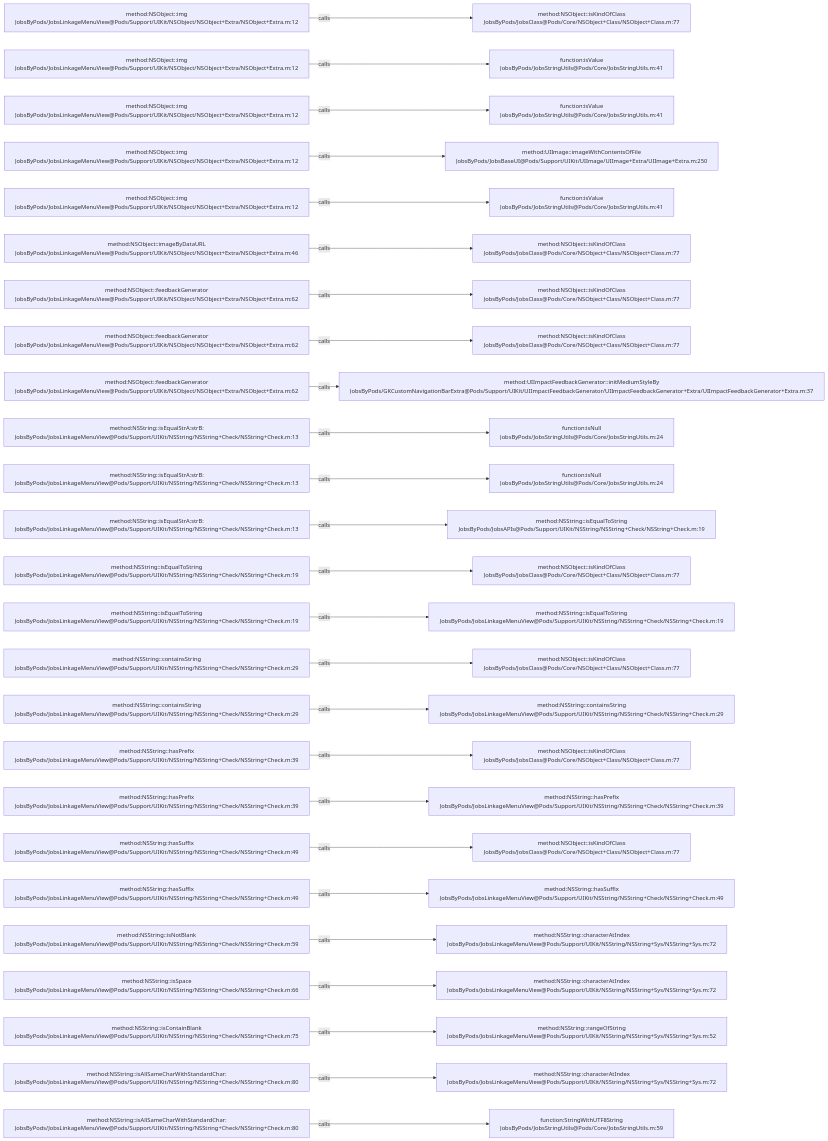
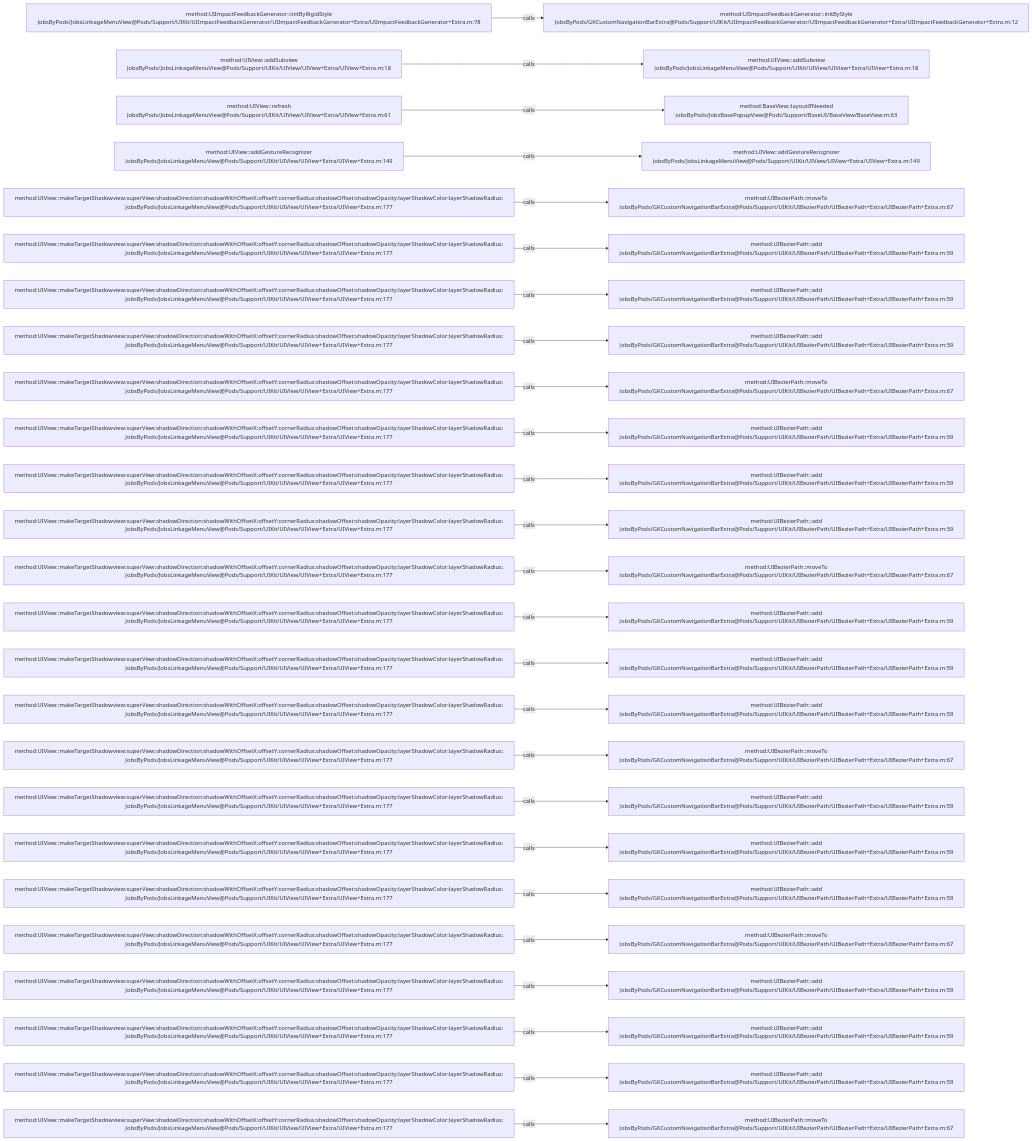
The diagram in .codegraph/codegraph.md/graphs/calls-103.md (JobsKits/JobsOCBaseConfigDemo), drawn with Mermaid before and after one commit. The commit also changed 639 other files, not shown here.

````diff
--- a/.codegraph/codegraph.md/graphs/calls-103.md
+++ b/.codegraph/codegraph.md/graphs/calls-103.md
@@ -13,78 +13,78 @@
 ```mermaid
 flowchart LR
-  S1["method:NSObject::img<br/>JobsByPods/JobsLinkageMenuView@Pods/Support/UIKit/NSObject/NSObject+Extra/NSObject+Extra.m:12"]
-  T1["method:NSObject::isKindOfClass<br/>JobsByPods/JobsClass@Pods/Core/NSObject+Class/NSObject+Class.m:77"]
+  S1["method:UIImpactFeedbackGenerator::initByRigidStyle<br/>JobsByPods/JobsLinkageMenuView@Pods/Support/UIKit/UIImpactFeedbackGenerator/UIImpactFeedbackGenerator+Extra/UIImpactFeedbackGenerator+Extra.m:78"]
+  T1["method:UIImpactFeedbackGenerator::initByStyle<br/>JobsByPods/GKCustomNavigationBarExtra@Pods/Support/UIKit/UIImpactFeedbackGenerator/UIImpactFeedbackGenerator+Extra/UIImpactFeedbackGenerator+Extra.m:12"]
   S1 -->|calls| T1
-  S2["method:NSObject::img<br/>JobsByPods/JobsLinkageMenuView@Pods/Support/UIKit/NSObject/NSObject+Extra/NSObject+Extra.m:12"]
-  T2["function:isValue<br/>JobsByPods/JobsStringUtils@Pods/Core/JobsStringUtils.m:41"]
+  S2["method:UIView::addSubview<br/>JobsByPods/JobsLinkageMenuView@Pods/Support/UIKit/UIView/UIView+Extra/UIView+Extra.m:18"]
+  T2["method:UIView::addSubview<br/>JobsByPods/JobsLinkageMenuView@Pods/Support/UIKit/UIView/UIView+Extra/UIView+Extra.m:18"]
   S2 -->|calls| T2
-  S3["method:NSObject::img<br/>JobsByPods/JobsLinkageMenuView@Pods/Support/UIKit/NSObject/NSObject+Extra/NSObject+Extra.m:12"]
-  T3["function:isValue<br/>JobsByPods/JobsStringUtils@Pods/Core/JobsStringUtils.m:41"]
+  S3["method:UIView::refresh<br/>JobsByPods/JobsLinkageMenuView@Pods/Support/UIKit/UIView/UIView+Extra/UIView+Extra.m:61"]
+  T3["method:BaseView::layoutIfNeeded<br/>JobsByPods/JobsBasePopupView@Pods/Support/BaseUI/BaseView/BaseView.m:63"]
   S3 -->|calls| T3
-  S4["method:NSObject::img<br/>JobsByPods/JobsLinkageMenuView@Pods/Support/UIKit/NSObject/NSObject+Extra/NSObject+Extra.m:12"]
-  T4["method:UIImage::imageWithContentsOfFile<br/>JobsByPods/JobsBaseUI@Pods/Support/UIKit/UIImage/UIImage+Extra/UIImage+Extra.m:250"]
+  S4["method:UIView::addGestureRecognizer<br/>JobsByPods/JobsLinkageMenuView@Pods/Support/UIKit/UIView/UIView+Extra/UIView+Extra.m:149"]
+  T4["method:UIView::addGestureRecognizer<br/>JobsByPods/JobsLinkageMenuView@Pods/Support/UIKit/UIView/UIView+Extra/UIView+Extra.m:149"]
   S4 -->|calls| T4
-  S5["method:NSObject::img<br/>JobsByPods/JobsLinkageMenuView@Pods/Support/UIKit/NSObject/NSObject+Extra/NSObject+Extra.m:12"]
-  T5["function:isValue<br/>JobsByPods/JobsStringUtils@Pods/Core/JobsStringUtils.m:41"]
+  S5["method:UIView::makeTargetShadowview:superView:shadowDirection:shadowWithOffsetX:offsetY:cornerRadius:shadowOffset:shadowOpacity:layerShadowColor:layerShadowRadius:<br/>JobsByPods/JobsLinkageMenuView@Pods/Support/UIKit/UIView/UIView+Extra/UIView+Extra.m:177"]
+  T5["method:UIBezierPath::moveTo<br/>JobsByPods/GKCustomNavigationBarExtra@Pods/Support/UIKit/UIBezierPath/UIBezierPath+Extra/UIBezierPath+Extra.m:67"]
   S5 -->|calls| T5
-  S6["method:NSObject::imageByDataURL<br/>JobsByPods/JobsLinkageMenuView@Pods/Support/UIKit/NSObject/NSObject+Extra/NSObject+Extra.m:46"]
-  T6["method:NSObject::isKindOfClass<br/>JobsByPods/JobsClass@Pods/Core/NSObject+Class/NSObject+Class.m:77"]
+  S6["method:UIView::makeTargetShadowview:superView:shadowDirection:shadowWithOffsetX:offsetY:cornerRadius:shadowOffset:shadowOpacity:layerShadowColor:layerShadowRadius:<br/>JobsByPods/JobsLinkageMenuView@Pods/Support/UIKit/UIView/UIView+Extra/UIView+Extra.m:177"]
+  T6["method:UIBezierPath::add<br/>JobsByPods/GKCustomNavigationBarExtra@Pods/Support/UIKit/UIBezierPath/UIBezierPath+Extra/UIBezierPath+Extra.m:59"]
   S6 -->|calls| T6
-  S7["method:NSObject::feedbackGenerator<br/>JobsByPods/JobsLinkageMenuView@Pods/Support/UIKit/NSObject/NSObject+Extra/NSObject+Extra.m:62"]
-  T7["method:NSObject::isKindOfClass<br/>JobsByPods/JobsClass@Pods/Core/NSObject+Class/NSObject+Class.m:77"]
+  S7["method:UIView::makeTargetShadowview:superView:shadowDirection:shadowWithOffsetX:offsetY:cornerRadius:shadowOffset:shadowOpacity:layerShadowColor:layerShadowRadius:<br/>JobsByPods/JobsLinkageMenuView@Pods/Support/UIKit/UIView/UIView+Extra/UIView+Extra.m:177"]
+  T7["method:UIBezierPath::add<br/>JobsByPods/GKCustomNavigationBarExtra@Pods/Support/UIKit/UIBezierPath/UIBezierPath+Extra/UIBezierPath+Extra.m:59"]
   S7 -->|calls| T7
-  S8["method:NSObject::feedbackGenerator<br/>JobsByPods/JobsLinkageMenuView@Pods/Support/UIKit/NSObject/NSObject+Extra/NSObject+Extra.m:62"]
-  T8["method:NSObject::isKindOfClass<br/>JobsByPods/JobsClass@Pods/Core/NSObject+Class/NSObject+Class.m:77"]
+  S8["method:UIView::makeTargetShadowview:superView:shadowDirection:shadowWithOffsetX:offsetY:cornerRadius:shadowOffset:shadowOpacity:layerShadowColor:layerShadowRadius:<br/>JobsByPods/JobsLinkageMenuView@Pods/Support/UIKit/UIView/UIView+Extra/UIView+Extra.m:177"]
+  T8["method:UIBezierPath::add<br/>JobsByPods/GKCustomNavigationBarExtra@Pods/Support/UIKit/UIBezierPath/UIBezierPath+Extra/UIBezierPath+Extra.m:59"]
   S8 -->|calls| T8
-  S9["method:NSObject::feedbackGenerator<br/>JobsByPods/JobsLinkageMenuView@Pods/Support/UIKit/NSObject/NSObject+Extra/NSObject+Extra.m:62"]
-  T9["method:UIImpactFeedbackGenerator::initMediumStyleBy<br/>JobsByPods/GKCustomNavigationBarExtra@Pods/Support/UIKit/UIImpactFeedbackGenerator/UIImpactFeedbackGenerator+Extra/UIImpactFeedbackGenerator+Extra.m:37"]
+  S9["method:UIView::makeTargetShadowview:superView:shadowDirection:shadowWithOffsetX:offsetY:cornerRadius:shadowOffset:shadowOpacity:layerShadowColor:layerShadowRadius:<br/>JobsByPods/JobsLinkageMenuView@Pods/Support/UIKit/UIView/UIView+Extra/UIView+Extra.m:177"]
+  T9["method:UIBezierPath::moveTo<br/>JobsByPods/GKCustomNavigationBarExtra@Pods/Support/UIKit/UIBezierPath/UIBezierPath+Extra/UIBezierPath+Extra.m:67"]
   S9 -->|calls| T9
-  S10["method:NSString::isEqualStrA:strB:<br/>JobsByPods/JobsLinkageMenuView@Pods/Support/UIKit/NSString/NSString+Check/NSString+Check.m:13"]
-  T10["function:isNull<br/>JobsByPods/JobsStringUtils@Pods/Core/JobsStringUtils.m:24"]
+  S10["method:UIView::makeTargetShadowview:superView:shadowDirection:shadowWithOffsetX:offsetY:cornerRadius:shadowOffset:shadowOpacity:layerShadowColor:layerShadowRadius:<br/>JobsByPods/JobsLinkageMenuView@Pods/Support/UIKit/UIView/UIView+Extra/UIView+Extra.m:177"]
+  T10["method:UIBezierPath::add<br/>JobsByPods/GKCustomNavigationBarExtra@Pods/Support/UIKit/UIBezierPath/UIBezierPath+Extra/UIBezierPath+Extra.m:59"]
   S10 -->|calls| T10
-  S11["method:NSString::isEqualStrA:strB:<br/>JobsByPods/JobsLinkageMenuView@Pods/Support/UIKit/NSString/NSString+Check/NSString+Check.m:13"]
-  T11["function:isNull<br/>JobsByPods/JobsStringUtils@Pods/Core/JobsStringUtils.m:24"]
+  S11["method:UIView::makeTargetShadowview:superView:shadowDirection:shadowWithOffsetX:offsetY:cornerRadius:shadowOffset:shadowOpacity:layerShadowColor:layerShadowRadius:<br/>JobsByPods/JobsLinkageMenuView@Pods/Support/UIKit/UIView/UIView+Extra/UIView+Extra.m:177"]
+  T11["method:UIBezierPath::add<br/>JobsByPods/GKCustomNavigationBarExtra@Pods/Support/UIKit/UIBezierPath/UIBezierPath+Extra/UIBezierPath+Extra.m:59"]
   S11 -->|calls| T11
-  S12["method:NSString::isEqualStrA:strB:<br/>JobsByPods/JobsLinkageMenuView@Pods/Support/UIKit/NSString/NSString+Check/NSString+Check.m:13"]
-  T12["method:NSString::isEqualToString<br/>JobsByPods/JobsAPIs@Pods/Support/UIKit/NSString/NSString+Check/NSString+Check.m:19"]
+  S12["method:UIView::makeTargetShadowview:superView:shadowDirection:shadowWithOffsetX:offsetY:cornerRadius:shadowOffset:shadowOpacity:layerShadowColor:layerShadowRadius:<br/>JobsByPods/JobsLinkageMenuView@Pods/Support/UIKit/UIView/UIView+Extra/UIView+Extra.m:177"]
+  T12["method:UIBezierPath::add<br/>JobsByPods/GKCustomNavigationBarExtra@Pods/Support/UIKit/UIBezierPath/UIBezierPath+Extra/UIBezierPath+Extra.m:59"]
   S12 -->|calls| T12
-  S13["method:NSString::isEqualToString<br/>JobsByPods/JobsLinkageMenuView@Pods/Support/UIKit/NSString/NSString+Check/NSString+Check.m:19"]
-  T13["method:NSObject::isKindOfClass<br/>JobsByPods/JobsClass@Pods/Core/NSObject+Class/NSObject+Class.m:77"]
+  S13["method:UIView::makeTargetShadowview:superView:shadowDirection:shadowWithOffsetX:offsetY:cornerRadius:shadowOffset:shadowOpacity:layerShadowColor:layerShadowRadius:<br/>JobsByPods/JobsLinkageMenuView@Pods/Support/UIKit/UIView/UIView+Extra/UIView+Extra.m:177"]
+  T13["method:UIBezierPath::moveTo<br/>JobsByPods/GKCustomNavigationBarExtra@Pods/Support/UIKit/UIBezierPath/UIBezierPath+Extra/UIBezierPath+Extra.m:67"]
   S13 -->|calls| T13
-  S14["method:NSString::isEqualToString<br/>JobsByPods/JobsLinkageMenuView@Pods/Support/UIKit/NSString/NSString+Check/NSString+Check.m:19"]
-  T14["method:NSString::isEqualToString<br/>JobsByPods/JobsLinkageMenuView@Pods/Support/UIKit/NSString/NSString+Check/NSString+Check.m:19"]
+  S14["method:UIView::makeTargetShadowview:superView:shadowDirection:shadowWithOffsetX:offsetY:cornerRadius:shadowOffset:shadowOpacity:layerShadowColor:layerShadowRadius:<br/>JobsByPods/JobsLinkageMenuView@Pods/Support/UIKit/UIView/UIView+Extra/UIView+Extra.m:177"]
+  T14["method:UIBezierPath::add<br/>JobsByPods/GKCustomNavigationBarExtra@Pods/Support/UIKit/UIBezierPath/UIBezierPath+Extra/UIBezierPath+Extra.m:59"]
   S14 -->|calls| T14
-  S15["method:NSString::containsString<br/>JobsByPods/JobsLinkageMenuView@Pods/Support/UIKit/NSString/NSString+Check/NSString+Check.m:29"]
-  T15["method:NSObject::isKindOfClass<br/>JobsByPods/JobsClass@Pods/Core/NSObject+Class/NSObject+Class.m:77"]
+  S15["method:UIView::makeTargetShadowview:superView:shadowDirection:shadowWithOffsetX:offsetY:cornerRadius:shadowOffset:shadowOpacity:layerShadowColor:layerShadowRadius:<br/>JobsByPods/JobsLinkageMenuView@Pods/Support/UIKit/UIView/UIView+Extra/UIView+Extra.m:177"]
+  T15["method:UIBezierPath::add<br/>JobsByPods/GKCustomNavigationBarExtra@Pods/Support/UIKit/UIBezierPath/UIBezierPath+Extra/UIBezierPath+Extra.m:59"]
   S15 -->|calls| T15
-  S16["method:NSString::containsString<br/>JobsByPods/JobsLinkageMenuView@Pods/Support/UIKit/NSString/NSString+Check/NSString+Check.m:29"]
-  T16["method:NSString::containsString<br/>JobsByPods/JobsLinkageMenuView@Pods/Support/UIKit/NSString/NSString+Check/NSString+Check.m:29"]
+  S16["method:UIView::makeTargetShadowview:superView:shadowDirection:shadowWithOffsetX:offsetY:cornerRadius:shadowOffset:shadowOpacity:layerShadowColor:layerShadowRadius:<br/>JobsByPods/JobsLinkageMenuView@Pods/Support/UIKit/UIView/UIView+Extra/UIView+Extra.m:177"]
+  T16["method:UIBezierPath::add<br/>JobsByPods/GKCustomNavigationBarExtra@Pods/Support/UIKit/UIBezierPath/UIBezierPath+Extra/UIBezierPath+Extra.m:59"]
   S16 -->|calls| T16
-  S17["method:NSString::hasPrefix<br/>JobsByPods/JobsLinkageMenuView@Pods/Support/UIKit/NSString/NSString+Check/NSString+Check.m:39"]
-  T17["method:NSObject::isKindOfClass<br/>JobsByPods/JobsClass@Pods/Core/NSObject+Class/NSObject+Class.m:77"]
+  S17["method:UIView::makeTargetShadowview:superView:shadowDirection:shadowWithOffsetX:offsetY:cornerRadius:shadowOffset:shadowOpacity:layerShadowColor:layerShadowRadius:<br/>JobsByPods/JobsLinkageMenuView@Pods/Support/UIKit/UIView/UIView+Extra/UIView+Extra.m:177"]
+  T17["method:UIBezierPath::moveTo<br/>JobsByPods/GKCustomNavigationBarExtra@Pods/Support/UIKit/UIBezierPath/UIBezierPath+Extra/UIBezierPath+Extra.m:67"]
   S17 -->|calls| T17
-  S18["method:NSString::hasPrefix<br/>JobsByPods/JobsLinkageMenuView@Pods/Support/UIKit/NSString/NSString+Check/NSString+Check.m:39"]
-  T18["method:NSString::hasPrefix<br/>JobsByPods/JobsLinkageMenuView@Pods/Support/UIKit/NSString/NSString+Check/NSString+Check.m:39"]
+  S18["method:UIView::makeTargetShadowview:superView:shadowDirection:shadowWithOffsetX:offsetY:cornerRadius:shadowOffset:shadowOpacity:layerShadowColor:layerShadowRadius:<br/>JobsByPods/JobsLinkageMenuView@Pods/Support/UIKit/UIView/UIView+Extra/UIView+Extra.m:177"]
+  T18["method:UIBezierPath::add<br/>JobsByPods/GKCustomNavigationBarExtra@Pods/Support/UIKit/UIBezierPath/UIBezierPath+Extra/UIBezierPath+Extra.m:59"]
   S18 -->|calls| T18
-  S19["method:NSString::hasSuffix<br/>JobsByPods/JobsLinkageMenuView@Pods/Support/UIKit/NSString/NSString+Check/NSString+Check.m:49"]
-  T19["method:NSObject::isKindOfClass<br/>JobsByPods/JobsClass@Pods/Core/NSObject+Class/NSObject+Class.m:77"]
+  S19["method:UIView::makeTargetShadowview:superView:shadowDirection:shadowWithOffsetX:offsetY:cornerRadius:shadowOffset:shadowOpacity:layerShadowColor:layerShadowRadius:<br/>JobsByPods/JobsLinkageMenuView@Pods/Support/UIKit/UIView/UIView+Extra/UIView+Extra.m:177"]
+  T19["method:UIBezierPath::add<br/>JobsByPods/GKCustomNavigationBarExtra@Pods/Support/UIKit/UIBezierPath/UIBezierPath+Extra/UIBezierPath+Extra.m:59"]
   S19 -->|calls| T19
-  S20["method:NSString::hasSuffix<br/>JobsByPods/JobsLinkageMenuView@Pods/Support/UIKit/NSString/NSString+Check/NSString+Check.m:49"]
-  T20["method:NSString::hasSuffix<br/>JobsByPods/JobsLinkageMenuView@Pods/Support/UIKit/NSString/NSString+Check/NSString+Check.m:49"]
+  S20["method:UIView::makeTargetShadowview:superView:shadowDirection:shadowWithOffsetX:offsetY:cornerRadius:shadowOffset:shadowOpacity:layerShadowColor:layerShadowRadius:<br/>JobsByPods/JobsLinkageMenuView@Pods/Support/UIKit/UIView/UIView+Extra/UIView+Extra.m:177"]
+  T20["method:UIBezierPath::add<br/>JobsByPods/GKCustomNavigationBarExtra@Pods/Support/UIKit/UIBezierPath/UIBezierPath+Extra/UIBezierPath+Extra.m:59"]
   S20 -->|calls| T20
-  S21["method:NSString::isNotBlank<br/>JobsByPods/JobsLinkageMenuView@Pods/Support/UIKit/NSString/NSString+Check/NSString+Check.m:59"]
-  T21["method:NSString::characterAtIndex<br/>JobsByPods/JobsLinkageMenuView@Pods/Support/UIKit/NSString/NSString+Sys/NSString+Sys.m:72"]
+  S21["method:UIView::makeTargetShadowview:superView:shadowDirection:shadowWithOffsetX:offsetY:cornerRadius:shadowOffset:shadowOpacity:layerShadowColor:layerShadowRadius:<br/>JobsByPods/JobsLinkageMenuView@Pods/Support/UIKit/UIView/UIView+Extra/UIView+Extra.m:177"]
+  T21["method:UIBezierPath::moveTo<br/>JobsByPods/GKCustomNavigationBarExtra@Pods/Support/UIKit/UIBezierPath/UIBezierPath+Extra/UIBezierPath+Extra.m:67"]
   S21 -->|calls| T21
-  S22["method:NSString::isSpace<br/>JobsByPods/JobsLinkageMenuView@Pods/Support/UIKit/NSString/NSString+Check/NSString+Check.m:66"]
-  T22["method:NSString::characterAtIndex<br/>JobsByPods/JobsLinkageMenuView@Pods/Support/UIKit/NSString/NSString+Sys/NSString+Sys.m:72"]
+  S22["method:UIView::makeTargetShadowview:superView:shadowDirection:shadowWithOffsetX:offsetY:cornerRadius:shadowOffset:shadowOpacity:layerShadowColor:layerShadowRadius:<br/>JobsByPods/JobsLinkageMenuView@Pods/Support/UIKit/UIView/UIView+Extra/UIView+Extra.m:177"]
+  T22["method:UIBezierPath::add<br/>JobsByPods/GKCustomNavigationBarExtra@Pods/Support/UIKit/UIBezierPath/UIBezierPath+Extra/UIBezierPath+Extra.m:59"]
   S22 -->|calls| T22
-  S23["method:NSString::isContainBlank<br/>JobsByPods/JobsLinkageMenuView@Pods/Support/UIKit/NSString/NSString+Check/NSString+Check.m:75"]
-  T23["method:NSString::rangeOfString<br/>JobsByPods/JobsLinkageMenuView@Pods/Support/UIKit/NSString/NSString+Sys/NSString+Sys.m:52"]
+  S23["method:UIView::makeTargetShadowview:superView:shadowDirection:shadowWithOffsetX:offsetY:cornerRadius:shadowOffset:shadowOpacity:layerShadowColor:layerShadowRadius:<br/>JobsByPods/JobsLinkageMenuView@Pods/Support/UIKit/UIView/UIView+Extra/UIView+Extra.m:177"]
+  T23["method:UIBezierPath::add<br/>JobsByPods/GKCustomNavigationBarExtra@Pods/Support/UIKit/UIBezierPath/UIBezierPath+Extra/UIBezierPath+Extra.m:59"]
   S23 -->|calls| T23
-  S24["method:NSString::isAllSameCharWithStandardChar:<br/>JobsByPods/JobsLinkageMenuView@Pods/Support/UIKit/NSString/NSString+Check/NSString+Check.m:80"]
-  T24["method:NSString::characterAtIndex<br/>JobsByPods/JobsLinkageMenuView@Pods/Support/UIKit/NSString/NSString+Sys/NSString+Sys.m:72"]
+  S24["method:UIView::makeTargetShadowview:superView:shadowDirection:shadowWithOffsetX:offsetY:cornerRadius:shadowOffset:shadowOpacity:layerShadowColor:layerShadowRadius:<br/>JobsByPods/JobsLinkageMenuView@Pods/Support/UIKit/UIView/UIView+Extra/UIView+Extra.m:177"]
+  T24["method:UIBezierPath::add<br/>JobsByPods/GKCustomNavigationBarExtra@Pods/Support/UIKit/UIBezierPath/UIBezierPath+Extra/UIBezierPath+Extra.m:59"]
   S24 -->|calls| T24
-  S25["method:NSString::isAllSameCharWithStandardChar:<br/>JobsByPods/JobsLinkageMenuView@Pods/Support/UIKit/NSString/NSString+Check/NSString+Check.m:80"]
-  T25["function:StringWithUTF8String<br/>JobsByPods/JobsStringUtils@Pods/Core/JobsStringUtils.m:59"]
+  S25["method:UIView::makeTargetShadowview:superView:shadowDirection:shadowWithOffsetX:offsetY:cornerRadius:shadowOffset:shadowOpacity:layerShadowColor:layerShadowRadius:<br/>JobsByPods/JobsLinkageMenuView@Pods/Support/UIKit/UIView/UIView+Extra/UIView+Extra.m:177"]
+  T25["method:UIBezierPath::moveTo<br/>JobsByPods/GKCustomNavigationBarExtra@Pods/Support/UIKit/UIBezierPath/UIBezierPath+Extra/UIBezierPath+Extra.m:67"]
   S25 -->|calls| T25
 ```
````
